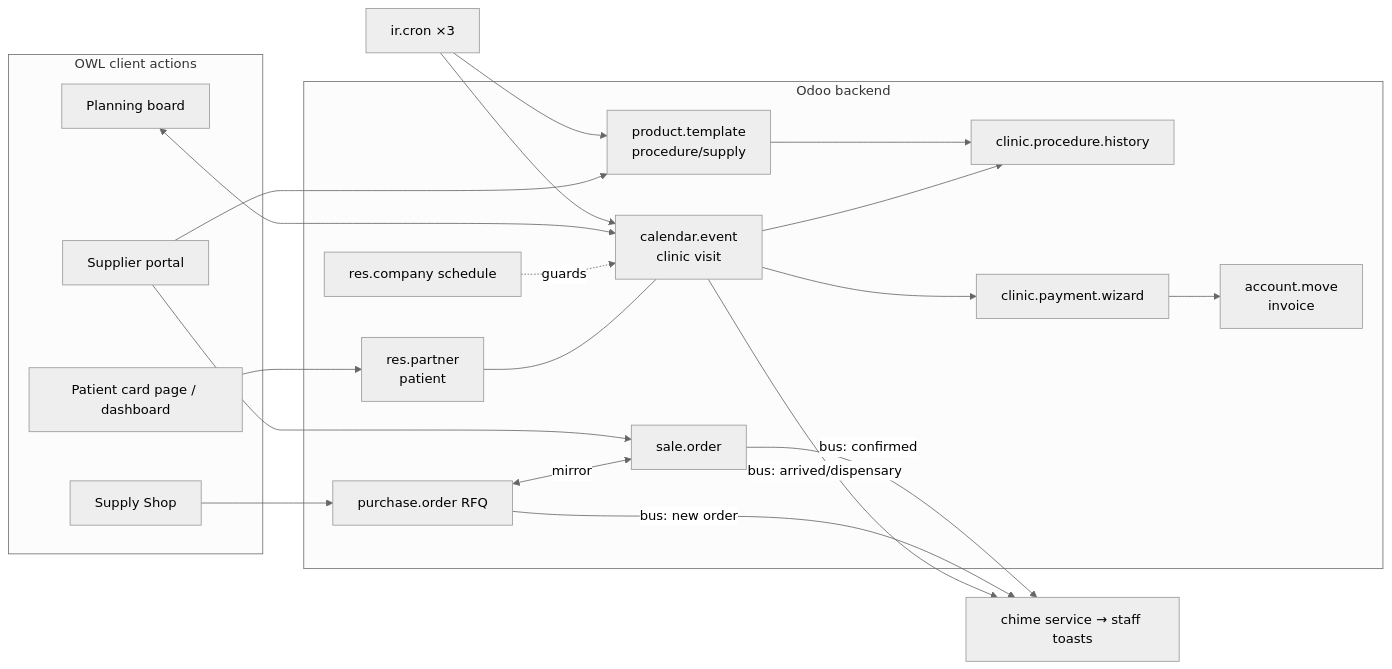
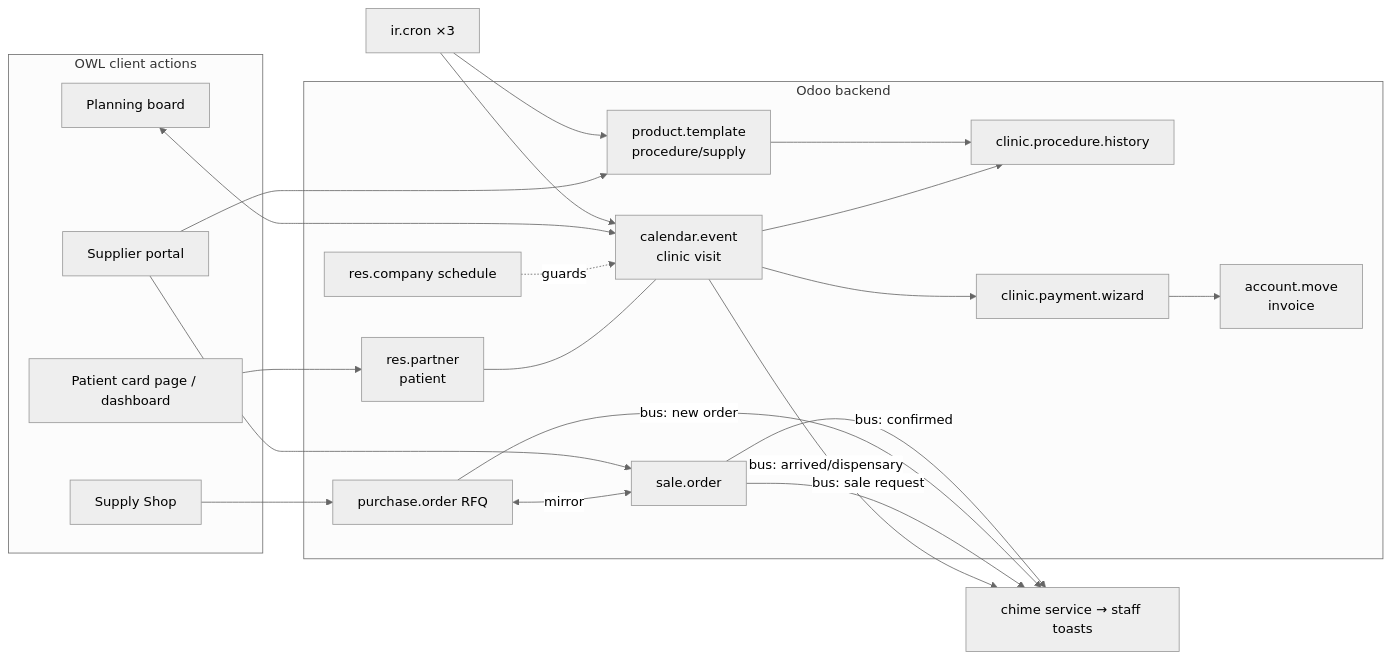
Before and after one commit to refreshg/clinic: the diagram in docs/ARCHITECTURE.md, drawn with Mermaid (neutral theme). The commit also changed other lines of this file and 6 other files, not shown here.

````diff
--- a/docs/ARCHITECTURE.md
+++ b/docs/ARCHITECTURE.md
@@ -20,22 +22,23 @@
 ```mermaid
 flowchart LR
   subgraph Backend[Odoo backend]
     RP[res.partner<br/>patient] --- CE[calendar.event<br/>clinic visit]
     CE --> PH[clinic.procedure.history]
     CE --> PW[clinic.payment.wizard] --> AM[account.move<br/>invoice]
     CO[res.company schedule] -. guards .-> CE
     PT[product.template<br/>procedure/supply] --> PH
     PO[purchase.order RFQ] <-- mirror --> SO[sale.order]
   end
   subgraph OWL[OWL client actions]
     PB[Planning board] <--> CE
     SS[Supply Shop] --> PO
     SP[Supplier portal] --> PT
     SP --> SO
     PCP[Patient card page / dashboard] --> RP
   end
   CE -- bus: arrived/dispensary --> CH[chime service → staff toasts]
+  SO -- bus: sale request --> CH
   PO -- bus: new order --> CH
   SO -- bus: confirmed --> CH
   CRON[ir.cron ×3] --> CE & PT
 ```
````
